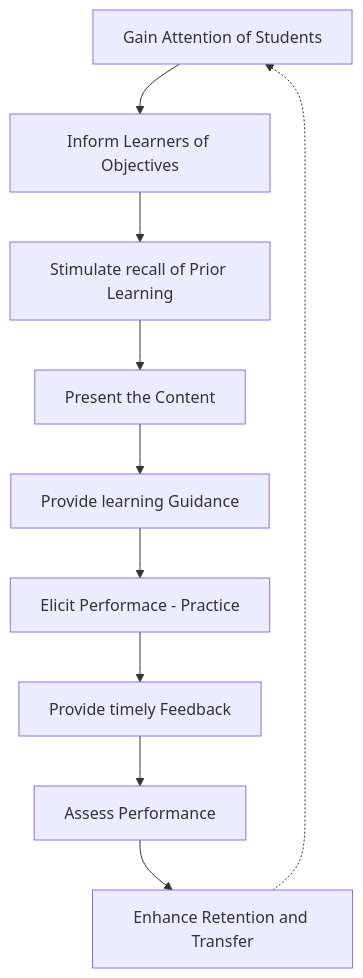
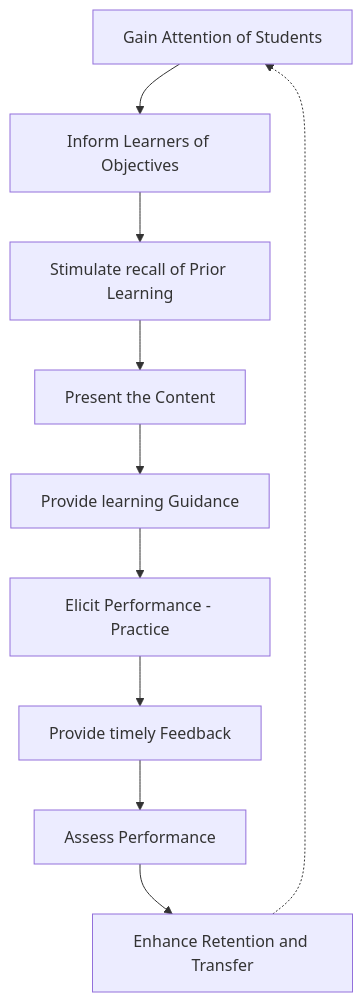
One commit to whitelunarium/pages_fork changed the fourth of 6 diagrams in _posts/Foundation/A-agile_classroom/2025-08-16-agile_design_thinking.md. Above: the diagram before and after it, drawn with Mermaid. The commit also changed other lines of this file, not shown here.

````diff
--- a/_posts/Foundation/A-agile_classroom/2025-08-16-agile_design_thinking.md
+++ b/_posts/Foundation/A-agile_classroom/2025-08-16-agile_design_thinking.md
@@ -269,12 +269,12 @@
 ```mermaid
 flowchart TD
   A[Gain Attention of Students] --> B[Inform Learners of Objectives]
   B --> C[Stimulate recall of Prior Learning]
   C --> D[Present the Content]
   D --> E[Provide learning Guidance]
-  E --> F[Elicit Performace - Practice]
+  E --> F[Elicit Performance - Practice]
   F --> G[Provide timely Feedback]
   G --> H[Assess Performance]
   H --> I[Enhance Retention and Transfer]
   I -.-> A
 ```
````
